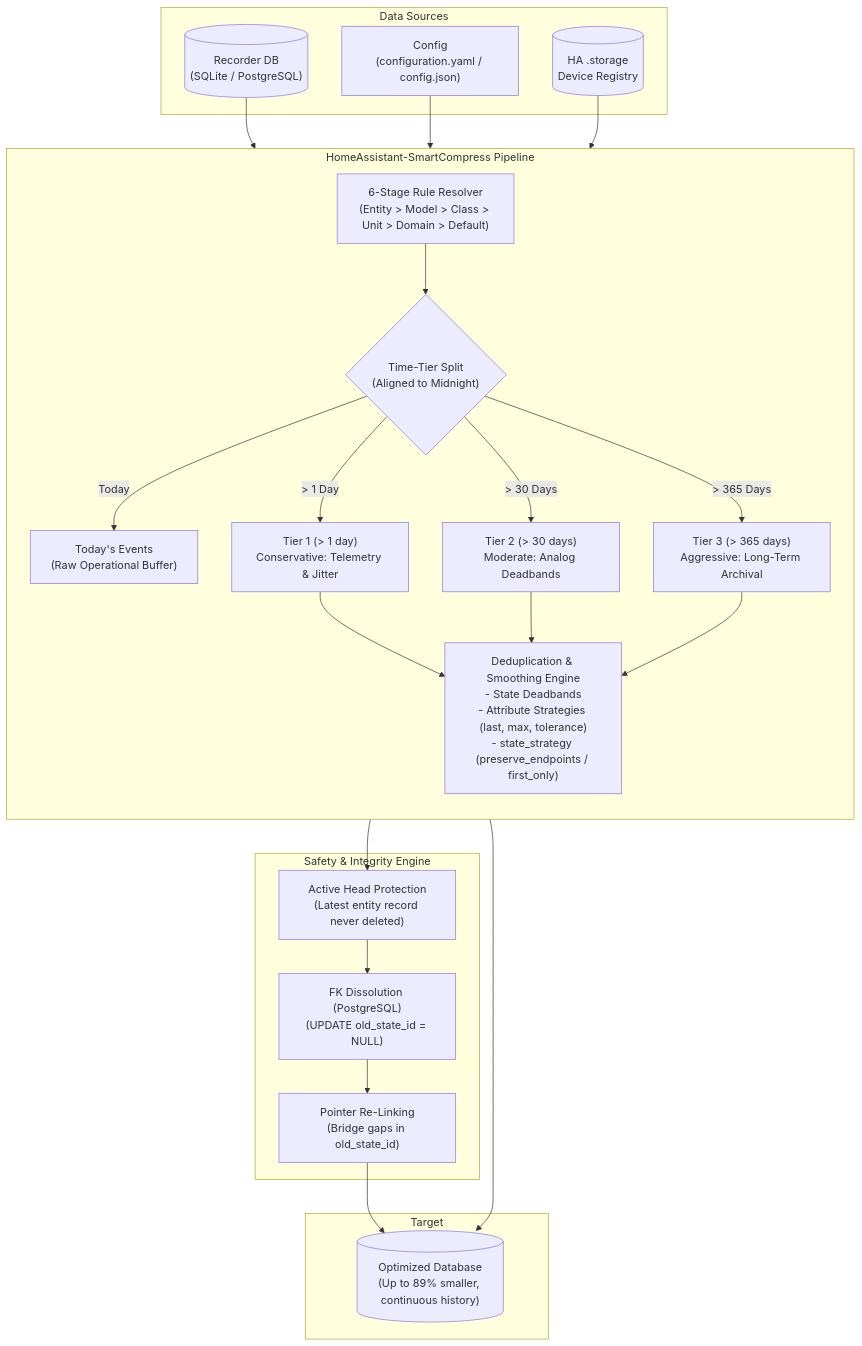
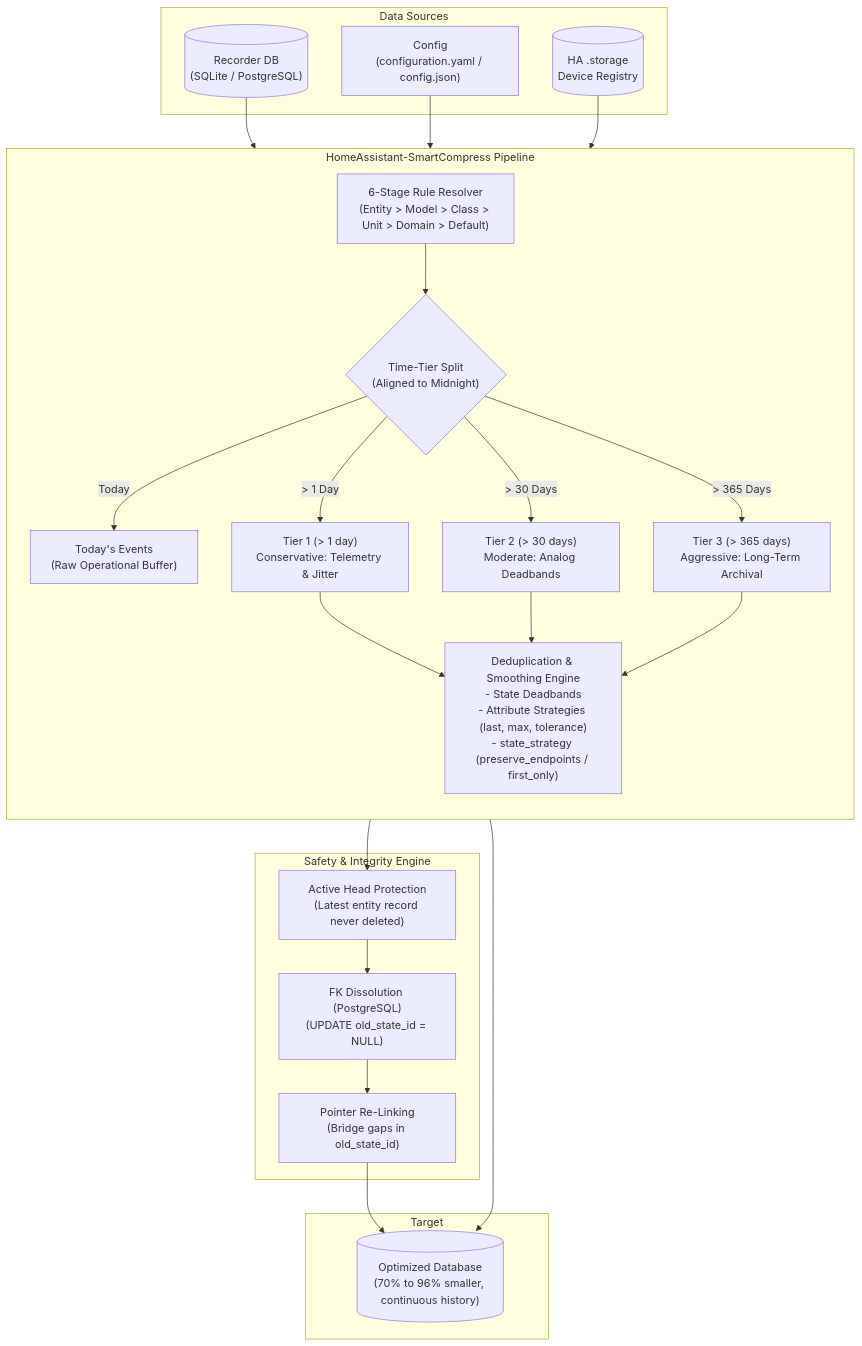
The first of 2 diagrams in README.md (bmaehr/homeassistant-smartcompress), drawn with Mermaid before and after one commit. The commit also changed other lines of this file, not shown here.

````diff
--- a/README.md
+++ b/README.md
@@ -25,51 +25,51 @@
 ```mermaid
 flowchart TD
     subgraph Input ["Data Sources"]
         DB[("Recorder DB\n(SQLite / PostgreSQL)")]
         CFG["Config\n(configuration.yaml / config.json)"]
         REG[("HA .storage\nDevice Registry")]
     end
 
     subgraph Pipeline ["HomeAssistant-SmartCompress Pipeline"]
         direction TB
         RULE["6-Stage Rule Resolver\n(Entity > Model > Class > Unit > Domain > Default)"]
         TIER{"Time-Tier Split\n(Aligned to Midnight)"}
         
         BUFFER["Today's Events\n(Raw Operational Buffer)"]
         L1["Tier 1 (> 1 day)\nConservative: Telemetry & Jitter"]
         L2["Tier 2 (> 30 days)\nModerate: Analog Deadbands"]
         L3["Tier 3 (> 365 days)\nAggressive: Long-Term Archival"]
 
         ENGINE["Deduplication & Smoothing Engine\n- State Deadbands\n- Attribute Strategies (last, max, tolerance)\n- state_strategy (preserve_endpoints / first_only)"]
     end
 
     subgraph Safety ["Safety & Integrity Engine"]
         HEAD["Active Head Protection\n(Latest entity record never deleted)"]
         DISSOLVE["FK Dissolution (PostgreSQL)\n(UPDATE old_state_id = NULL)"]
         BRIDGE["Pointer Re-Linking\n(Bridge gaps in old_state_id)"]
     end
 
     subgraph Output ["Target"]
-        CLEAN[("Optimized Database\n(Up to 89% smaller, continuous history)")]
+        CLEAN[("Optimized Database\n(70% to 96% smaller, continuous history)")]
     end
 
     DB --> RULE
     CFG --> RULE
     REG --> RULE
     RULE --> TIER
 
     TIER -->|Today| BUFFER
     TIER -->|> 1 Day| L1
     TIER -->|> 30 Days| L2
     TIER -->|> 365 Days| L3
 
     L1 --> ENGINE
     L2 --> ENGINE
     L3 --> ENGINE
 
     ENGINE --> HEAD
     HEAD --> DISSOLVE
     DISSOLVE --> BRIDGE
     BUFFER --> CLEAN
     BRIDGE --> CLEAN
 ```
````
